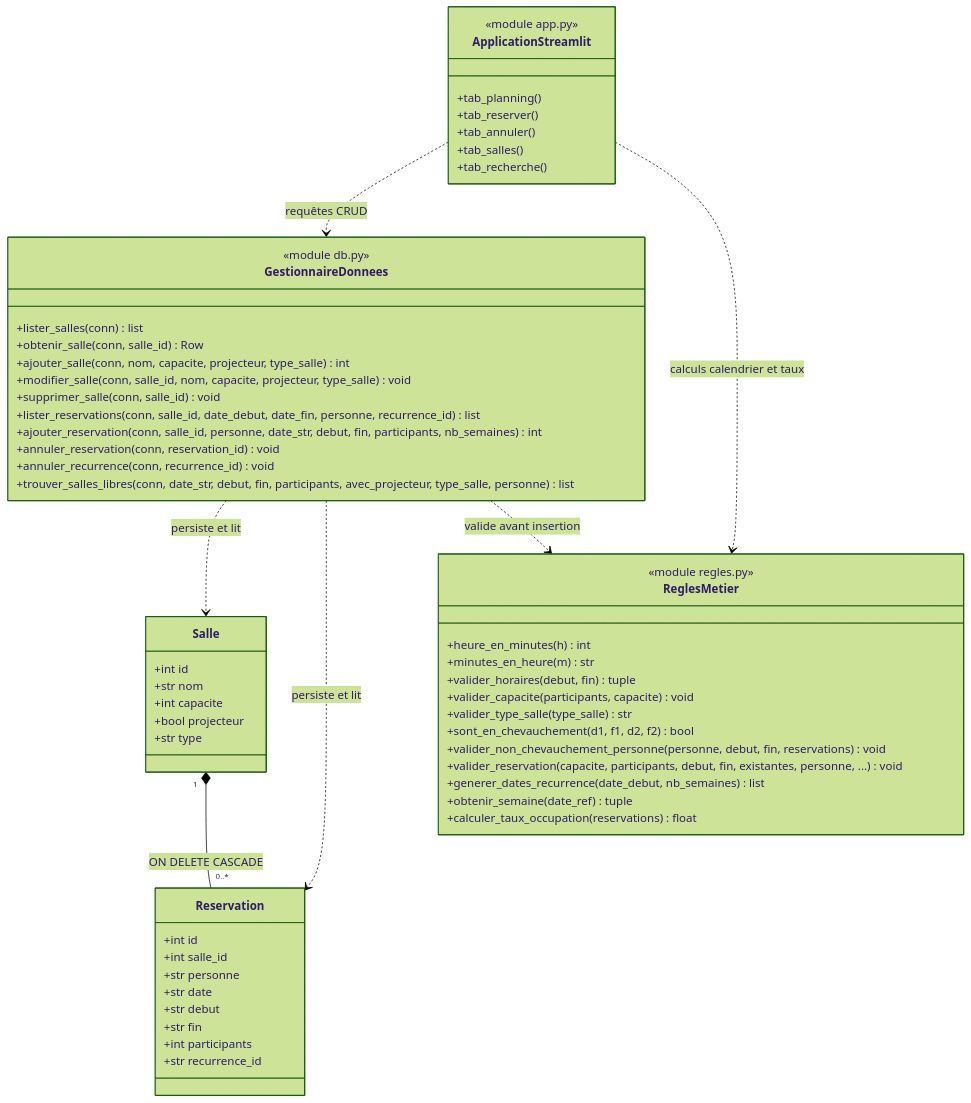
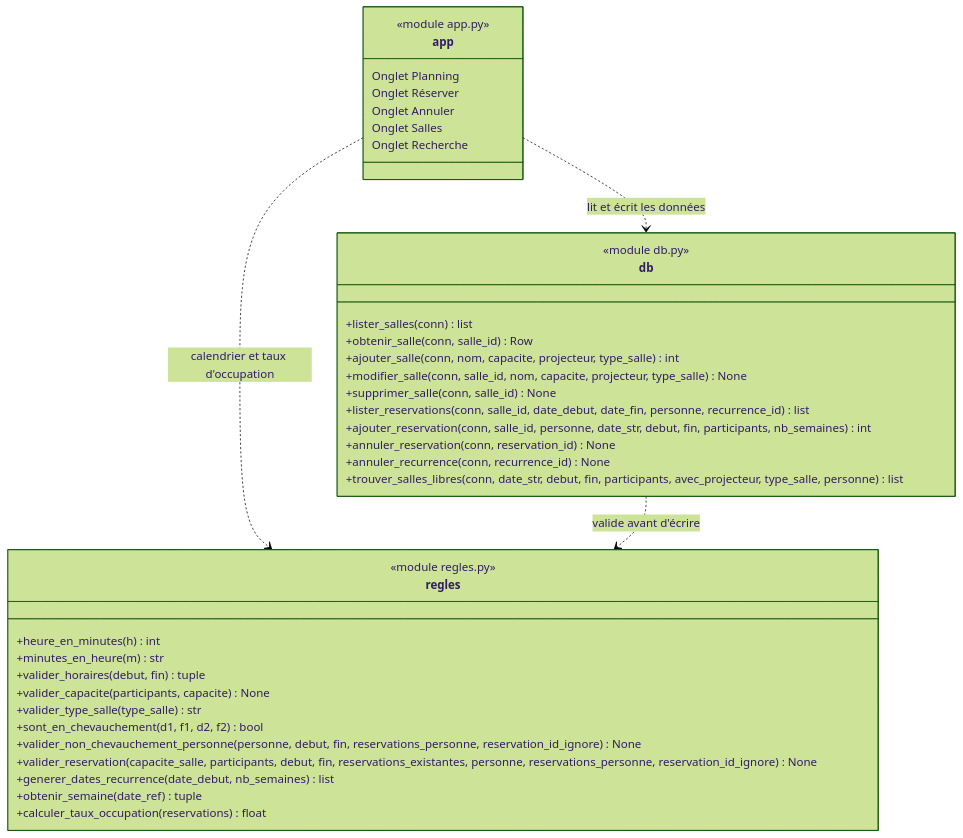
The second of 2 diagrams in diagramme_classes.md (melcoloy/projet2), drawn with Mermaid (forest theme) before and after one commit. The commit also changed other lines of this file, not shown here.

````diff
--- a/diagramme_classes.md
+++ b/diagramme_classes.md
@@ -5,68 +74,46 @@
 ```mermaid
 classDiagram
     direction TB
 
-    class Salle {
-        +int id
-        +str nom
-        +int capacite
-        +bool projecteur
-        +str type
+    class app {
+        <<module app.py>>
+        Onglet Planning
+        Onglet Réserver
+        Onglet Annuler
+        Onglet Salles
+        Onglet Recherche
     }
 
-    class Reservation {
-        +int id
-        +int salle_id
-        +str personne
-        +str date
-        +str debut
-        +str fin
-        +int participants
-        +str recurrence_id
+    class db {
+        <<module db.py>>
+        +lister_salles(conn) list
+        +obtenir_salle(conn, salle_id) Row
+        +ajouter_salle(conn, nom, capacite, projecteur, type_salle) int
+        +modifier_salle(conn, salle_id, nom, capacite, projecteur, type_salle) None
+        +supprimer_salle(conn, salle_id) None
+        +lister_reservations(conn, salle_id, date_debut, date_fin, personne, recurrence_id) list
+        +ajouter_reservation(conn, salle_id, personne, date_str, debut, fin, participants, nb_semaines) int
+        +annuler_reservation(conn, reservation_id) None
+        +annuler_recurrence(conn, recurrence_id) None
+        +trouver_salles_libres(conn, date_str, debut, fin, participants, avec_projecteur, type_salle, personne) list
     }
 
-    class ReglesMetier {
+    class regles {
         <<module regles.py>>
         +heure_en_minutes(h) int
         +minutes_en_heure(m) str
         +valider_horaires(debut, fin) tuple
-        +valider_capacite(participants, capacite) void
+        +valider_capacite(participants, capacite) None
         +valider_type_salle(type_salle) str
         +sont_en_chevauchement(d1, f1, d2, f2) bool
-        +valider_non_chevauchement_personne(personne, debut, fin, reservations) void
-        +valider_reservation(capacite, participants, debut, fin, existantes, personne, ...) void
+        +valider_non_chevauchement_personne(personne, debut, fin, reservations_personne, reservation_id_ignore) None
+        +valider_reservation(capacite_salle, participants, debut, fin, reservations_existantes, personne, reservations_personne, reservation_id_ignore) None
         +generer_dates_recurrence(date_debut, nb_semaines) list
         +obtenir_semaine(date_ref) tuple
         +calculer_taux_occupation(reservations) float
     }
 
-    class GestionnaireDonnees {
-        <<module db.py>>
-        +lister_salles(conn) list
-        +obtenir_salle(conn, salle_id) Row
-        +ajouter_salle(conn, nom, capacite, projecteur, type_salle) int
-        +modifier_salle(conn, salle_id, nom, capacite, projecteur, type_salle) void
-        +supprimer_salle(conn, salle_id) void
-        +lister_reservations(conn, salle_id, date_debut, date_fin, personne, recurrence_id) list
-        +ajouter_reservation(conn, salle_id, personne, date_str, debut, fin, participants, nb_semaines) int
-        +annuler_reservation(conn, reservation_id) void
-        +annuler_recurrence(conn, recurrence_id) void
-        +trouver_salles_libres(conn, date_str, debut, fin, participants, avec_projecteur, type_salle, personne) list
-    }
-
-    class ApplicationStreamlit {
-        <<module app.py>>
-        +tab_planning()
-        +tab_reserver()
-        +tab_annuler()
-        +tab_salles()
-        +tab_recherche()
-    }
-
-    Salle "1" *-- "0..*" Reservation : ON DELETE CASCADE
-    GestionnaireDonnees ..> Salle : persiste et lit
-    GestionnaireDonnees ..> Reservation : persiste et lit
-    GestionnaireDonnees ..> ReglesMetier : valide avant insertion
-    ApplicationStreamlit ..> GestionnaireDonnees : requêtes CRUD
-    ApplicationStreamlit ..> ReglesMetier : calculs calendrier et taux
+    app ..> db : lit et écrit les données
+    app ..> regles : calendrier et taux d'occupation
+    db ..> regles : valide avant d'écrire
 ```
````
